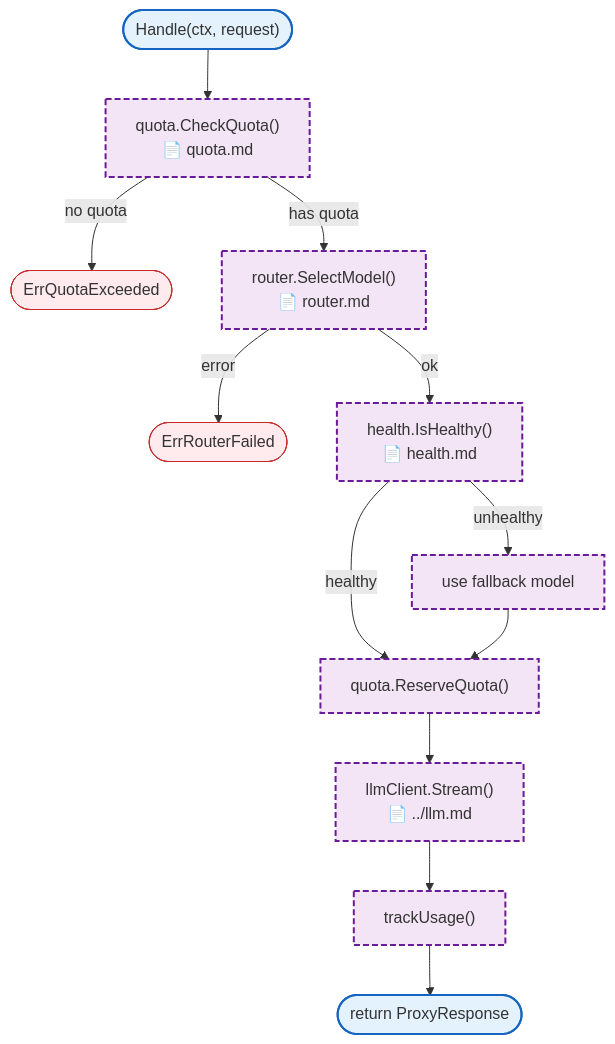
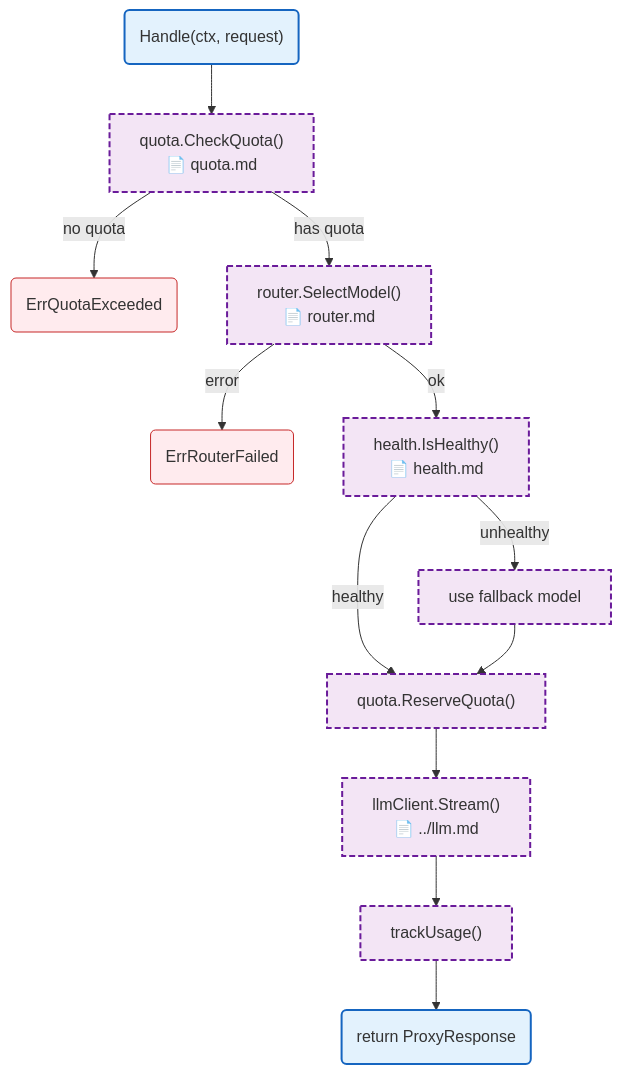
Before and after one commit to radch-ai/ava: the diagram in docs/internal/llm-proxy/README.md, drawn with Mermaid. The commit also changed 24 other files, not shown here.

First line of the commit message:
fix(docs): fix mermaid syntax errors in all diagrams

````diff
--- a/docs/internal/llm-proxy/README.md
+++ b/docs/internal/llm-proxy/README.md
@@ -7,27 +7,27 @@
 ```mermaid
 flowchart TB
-    Start(["Handle(ctx, request)"]) --> CheckQuota["quota.CheckQuota()
+    Start("Handle(ctx, request)") --> CheckQuota["quota.CheckQuota()
     📄 quota.md"]
-    CheckQuota -->|no quota| ErrQuota([ErrQuotaExceeded])
+    CheckQuota -->|no quota| ErrQuota("ErrQuotaExceeded")
     CheckQuota -->|has quota| Router["router.SelectModel()
     📄 router.md"]
-    Router -->|error| ErrRouter([ErrRouterFailed])
+    Router -->|error| ErrRouter("ErrRouterFailed")
     Router -->|ok| Health["health.IsHealthy()
     📄 health.md"]
     Health -->|unhealthy| Fallback["use fallback model"]
     Health -->|healthy| Reserve["quota.ReserveQuota()"]
     Fallback --> Reserve
     Reserve --> LLM["llmClient.Stream()
     📄 ../llm.md"]
     LLM --> Track["trackUsage()"]
-    Track --> Response(["return ProxyResponse"])
+    Track --> Response("return ProxyResponse")
 
     classDef mainFn fill:#e3f2fd,stroke:#1565c0,stroke-width:2px
     classDef internalFn fill:#f3e5f5,stroke:#6a1b9a,stroke-width:2px,stroke-dasharray:6 3
     classDef localPkgs fill:#fff8e1,stroke:#f9a825,stroke-width:1.5px,stroke-dasharray:4 2
     classDef errorFlow fill:#ffebee,stroke:#c62828,stroke-width:1px
 
     class Start,Response mainFn
     class CheckQuota,Router,Health,Fallback,Reserve,LLM,Track internalFn
     class ErrQuota,ErrRouter errorFlow
 ```
````
